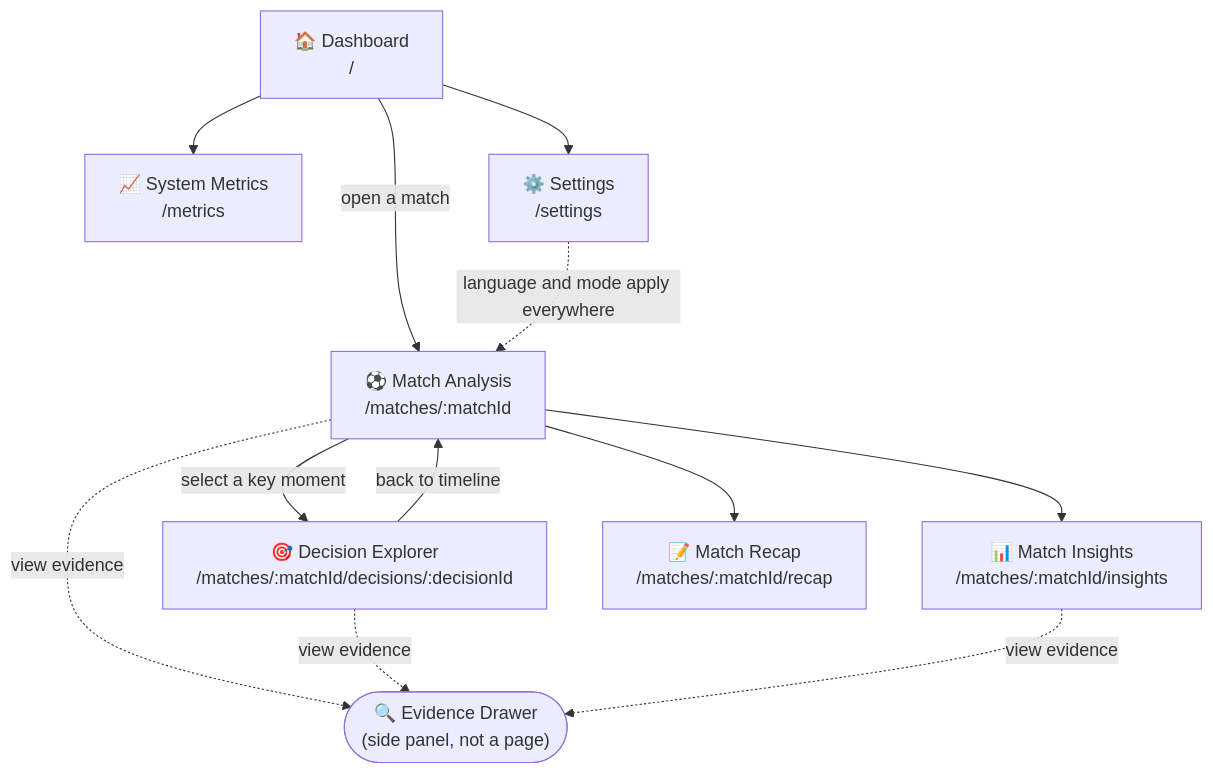
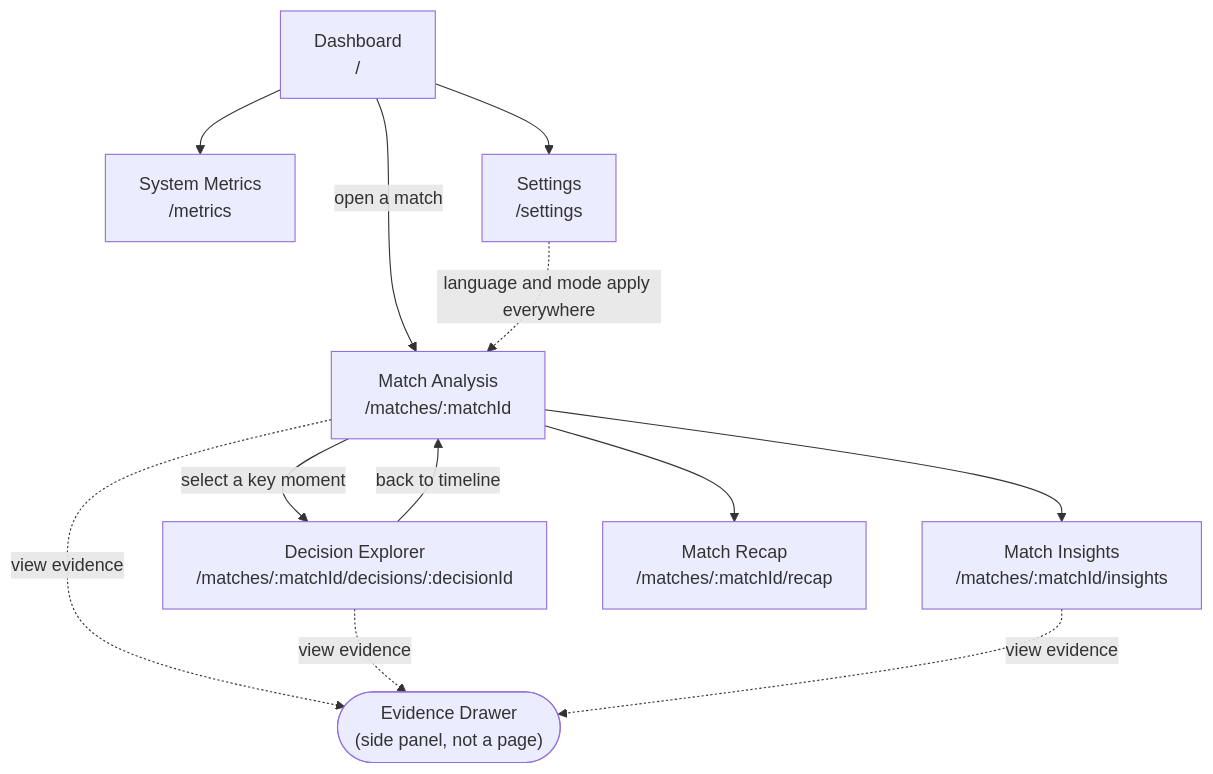
The second of 2 diagrams in README.md (Adamzuckk/Rematch), drawn with Mermaid before and after one commit. The commit also changed other lines of this file, not shown here.

````diff
--- a/README.md
+++ b/README.md
@@ -94,23 +95,23 @@
 ```mermaid
 flowchart TD
-    D["🏠 Dashboard<br/>/"]
-    M["⚽ Match Analysis<br/>/matches/:matchId"]
-    X["🎯 Decision Explorer<br/>/matches/:matchId/decisions/:decisionId"]
-    I["📊 Match Insights<br/>/matches/:matchId/insights"]
-    R["📝 Match Recap<br/>/matches/:matchId/recap"]
-    S["📈 System Metrics<br/>/metrics"]
-    T["⚙️ Settings<br/>/settings"]
-    E(["🔍 Evidence Drawer<br/>(side panel, not a page)"])
+    D["Dashboard<br/>/"]
+    M["Match Analysis<br/>/matches/:matchId"]
+    X["Decision Explorer<br/>/matches/:matchId/decisions/:decisionId"]
+    I["Match Insights<br/>/matches/:matchId/insights"]
+    R["Match Recap<br/>/matches/:matchId/recap"]
+    S["System Metrics<br/>/metrics"]
+    T["Settings<br/>/settings"]
+    E(["Evidence Drawer<br/>(side panel, not a page)"])
 
     D -->|open a match| M
     M -->|select a key moment| X
     M --> I
     M --> R
     M -.->|view evidence| E
     X -.->|view evidence| E
     I -.->|view evidence| E
     X -->|back to timeline| M
     D --> S
     D --> T
     T -.->|language and mode apply everywhere| M
 ```
````
